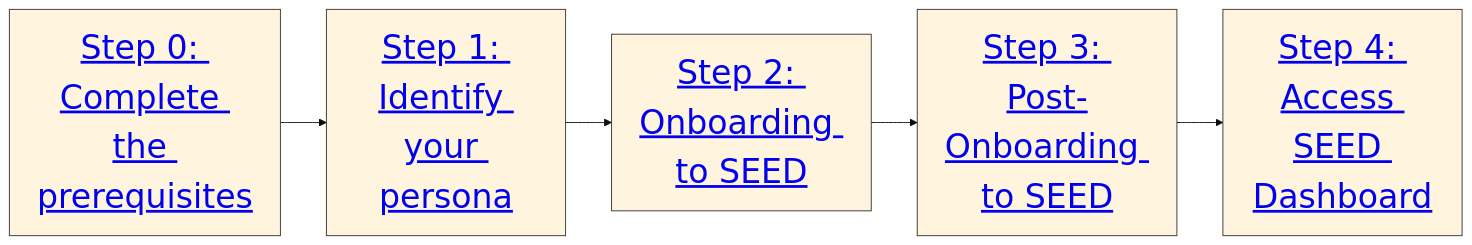
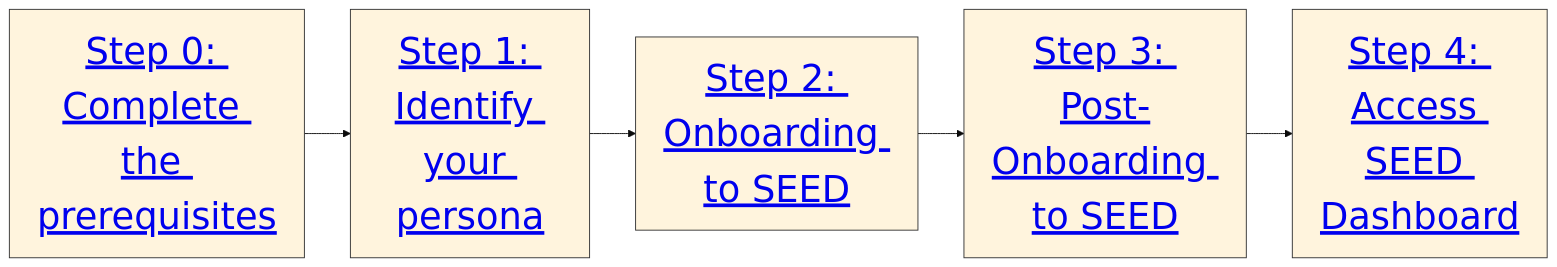
Before and after one commit to GovTechSG/seed-primer-documentation: the second of 2 diagrams in getting-started.md, drawn with Mermaid (base theme).

````diff
--- a/getting-started.md
+++ b/getting-started.md
@@ -18,19 +18,19 @@
 ```mermaid
 flowchart LR
-    style A  stroke:#333, font-size:36px;
-    style B  stroke:#333, font-size:36px;
-    style C  stroke:#333, font-size:36px;
-    style D  stroke:#333, font-size:36px;
-    style E  stroke:#333, font-size:36px;
+    style A  stroke:#333, font-size:40px;
+    style B  stroke:#333, font-size:40px;
+    style C  stroke:#333, font-size:40px;
+    style D  stroke:#333, font-size:40px;
+    style E  stroke:#333, font-size:40px;
     
     A["<a href='https://docs.developer.tech.gov.sg/docs/staging-seed-primer/getting-started?id=step-0-ensure-you-meet-the-required-prerequisites'>Step 0: Complete the prerequisites</a>"]
     B["<a href='https://docs.developer.tech.gov.sg/docs/staging-seed-primer/getting-started?id=step-1-identify-your-onboarding-persona'>Step 1: Identify your persona</a>"]
     C["<a href='https://docs.developer.tech.gov.sg/docs/staging-seed-primer/getting-started?id=step-2-onboard-device-to-seed'>Step 2: Onboarding to SEED</a>"]
     D["<a href='https://docs.developer.tech.gov.sg/docs/staging-seed-primer/post-onboarding-steps'>Step 3: Post-Onboarding to SEED</a>"]
     E["<a href='https://docs.developer.tech.gov.sg/docs/staging-seed-primer/dashboard'>Step 4: Access SEED Dashboard</a>"]
     
     A --> B
     B --> C
     C --> D
     D --> E
 ```    
````
